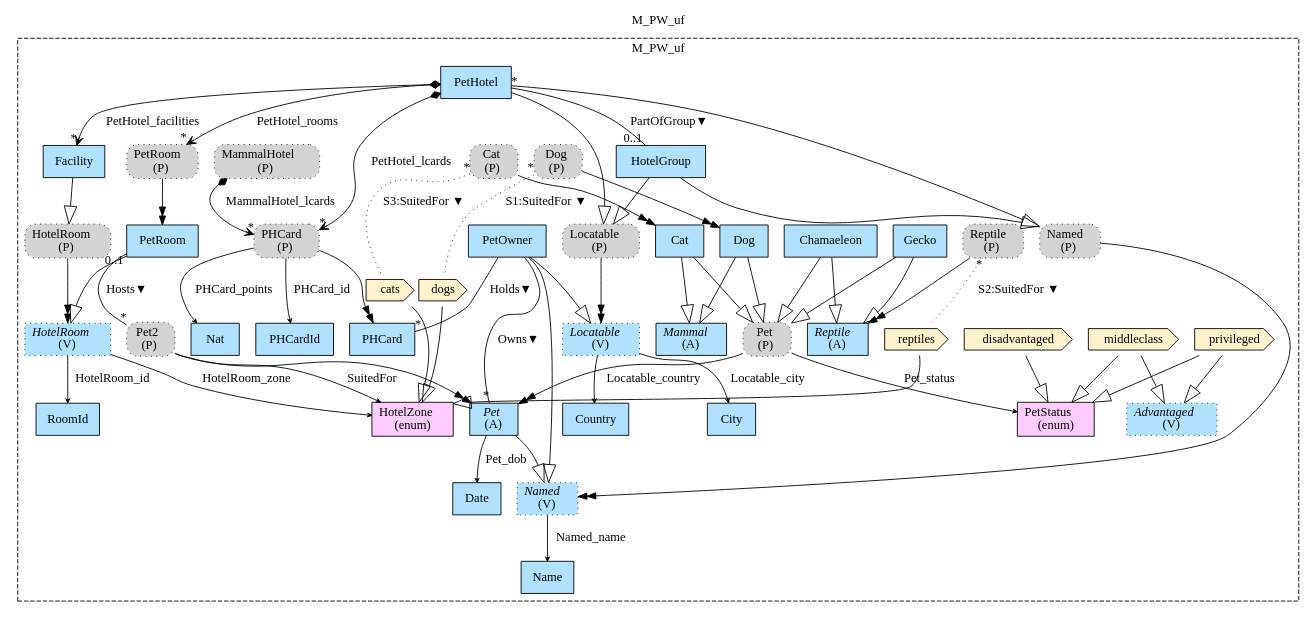
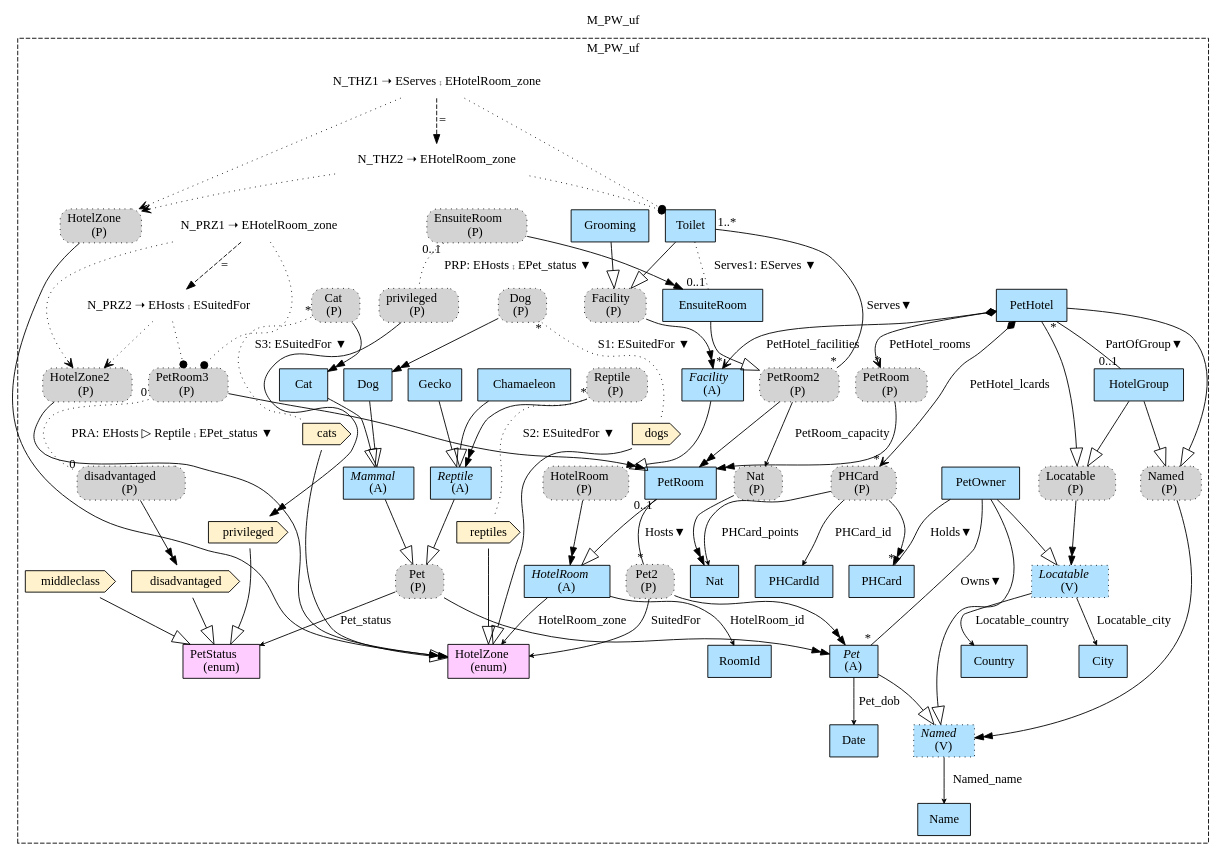
Before and after one commit to namalio/Fragmenta: the diagram in Haskell/FragmentaTests/PetsWorld/img/M_PW_uf.gv, drawn with Graphviz. The commit also changed 36 other files, not shown here.

```diff
--- a/Haskell/FragmentaTests/PetsWorld/img/M_PW_uf.gv
+++ b/Haskell/FragmentaTests/PetsWorld/img/M_PW_uf.gv
@@ -1,106 +1,145 @@
 digraph {graph[label=M_PW_uf,labelloc=tl,labelfontsize=12];
 subgraph cluster_M_PW_uf{style=dashed;label=M_PW_uf;
 "Name"[shape=record,fillcolor=lightskyblue1,style = filled,label="Name"];
 "Country"[shape=record,fillcolor=lightskyblue1,style = filled,label="Country"];
 "City"[shape=record,fillcolor=lightskyblue1,style = filled,label="City"];
 "Date"[shape=record,fillcolor=lightskyblue1,style = filled,label="Date"];
 "PHCard"[shape=record,fillcolor=lightskyblue1,style = filled,label="PHCard"];
 "Pet"[shape=record,fillcolor=lightskyblue1,style = filled,label=<{<I>Pet</I><br/>(A)}>];
 "Named"[shape=record,fillcolor=lightskyblue1,style ="filled,dotted",label=<{<I>Named</I><br/>(V)}>];
 "PetOwner"[shape=record,fillcolor=lightskyblue1,style = filled,label="PetOwner"];
 "Locatable"[shape=record,fillcolor=lightskyblue1,style ="filled,dotted",label=<{<I>Locatable</I><br/>(V)}>];
+"privileged"[shape=cds,fillcolor="#FFF2CC",style = filled,label="privileged"];
+"middleclass"[shape=cds,fillcolor="#FFF2CC",style = filled,label="middleclass"];
 "disadvantaged"[shape=cds,fillcolor="#FFF2CC",style = filled,label="disadvantaged"];
 "PetStatus"[shape=record,fillcolor="#FFCCFF",style = filled,label="PetStatus\l(enum)"];
 "PPet"[shape=box,fillcolor=lightgray,style ="rounded,filled,dotted",label=<Pet<br/>(P)>];
 "Dog"[shape=record,fillcolor=lightskyblue1,style = filled,label="Dog"];
 "Cat"[shape=record,fillcolor=lightskyblue1,style = filled,label="Cat"];
 "Mammal"[shape=record,fillcolor=lightskyblue1,style = filled,label=<{<I>Mammal</I><br/>(A)}>];
 "Chamaeleon"[shape=record,fillcolor=lightskyblue1,style = filled,label="Chamaeleon"];
 "Gecko"[shape=record,fillcolor=lightskyblue1,style = filled,label="Gecko"];
 "Reptile"[shape=record,fillcolor=lightskyblue1,style = filled,label=<{<I>Reptile</I><br/>(A)}>];
-"privileged"[shape=cds,fillcolor="#FFF2CC",style = filled,label="privileged"];
-"middleclass"[shape=cds,fillcolor="#FFF2CC",style = filled,label="middleclass"];
-"Advantaged"[shape=record,fillcolor=lightskyblue1,style ="filled,dotted",label=<{<I>Advantaged</I><br/>(V)}>];
 "PPet2"[shape=box,fillcolor=lightgray,style ="rounded,filled,dotted",label=<Pet2<br/>(P)>];
 "RoomId"[shape=record,fillcolor=lightskyblue1,style = filled,label="RoomId"];
 "HotelZone"[shape=record,fillcolor="#FFCCFF",style = filled,label="HotelZone\l(enum)"];
 "PDog"[shape=box,fillcolor=lightgray,style ="rounded,filled,dotted",label=<Dog<br/>(P)>];
 "dogs"[shape=cds,fillcolor="#FFF2CC",style = filled,label="dogs"];
 "PReptile"[shape=box,fillcolor=lightgray,style ="rounded,filled,dotted",label=<Reptile<br/>(P)>];
 "reptiles"[shape=cds,fillcolor="#FFF2CC",style = filled,label="reptiles"];
 "PCat"[shape=box,fillcolor=lightgray,style ="rounded,filled,dotted",label=<Cat<br/>(P)>];
 "cats"[shape=cds,fillcolor="#FFF2CC",style = filled,label="cats"];
 "PetRoom"[shape=record,fillcolor=lightskyblue1,style = filled,label="PetRoom"];
-"HotelRoom"[shape=record,fillcolor=lightskyblue1,style ="filled,dotted",label=<{<I>HotelRoom</I><br/>(V)}>];
+"HotelRoom"[shape=record,fillcolor=lightskyblue1,style = filled,label=<{<I>HotelRoom</I><br/>(A)}>];
 "PPetRoom"[shape=box,fillcolor=lightgray,style ="rounded,filled,dotted",label=<PetRoom<br/>(P)>];
+"Nat"[shape=record,fillcolor=lightskyblue1,style = filled,label="Nat"];
+"PPHCard"[shape=box,fillcolor=lightgray,style ="rounded,filled,dotted",label=<PHCard<br/>(P)>];
+"PHCardId"[shape=record,fillcolor=lightskyblue1,style = filled,label="PHCardId"];
 "PetHotel"[shape=record,fillcolor=lightskyblue1,style = filled,label="PetHotel"];
 "PNamed"[shape=box,fillcolor=lightgray,style ="rounded,filled,dotted",label=<Named<br/>(P)>];
 "HotelGroup"[shape=record,fillcolor=lightskyblue1,style = filled,label="HotelGroup"];
 "PLocatable"[shape=box,fillcolor=lightgray,style ="rounded,filled,dotted",label=<Locatable<br/>(P)>];
-"Facility"[shape=record,fillcolor=lightskyblue1,style = filled,label="Facility"];
+"Facility"[shape=record,fillcolor=lightskyblue1,style = filled,label=<{<I>Facility</I><br/>(A)}>];
 "PHotelRoom"[shape=box,fillcolor=lightgray,style ="rounded,filled,dotted",label=<HotelRoom<br/>(P)>];
-"Nat"[shape=record,fillcolor=lightskyblue1,style = filled,label="Nat"];
-"PHCardId"[shape=record,fillcolor=lightskyblue1,style = filled,label="PHCardId"];
-"PMammalHotel"[shape=box,fillcolor=lightgray,style ="rounded,filled,dotted",label=<MammalHotel<br/>(P)>];
-"PPHCard"[shape=box,fillcolor=lightgray,style ="rounded,filled,dotted",label=<PHCard<br/>(P)>];
+"PNat"[shape=box,fillcolor=lightgray,style ="rounded,filled,dotted",label=<Nat<br/>(P)>];
+"Grooming"[shape=record,fillcolor=lightskyblue1,style = filled,label="Grooming"];
+"PFacility"[shape=box,fillcolor=lightgray,style ="rounded,filled,dotted",label=<Facility<br/>(P)>];
+"PPetRoom2"[shape=box,fillcolor=lightgray,style ="rounded,filled,dotted",label=<PetRoom2<br/>(P)>];
+"EnsuiteRoom"[shape=record,fillcolor=lightskyblue1,style = filled,label="EnsuiteRoom"];
+"Toilet"[shape=record,fillcolor=lightskyblue1,style = filled,label="Toilet"];
+"PHotelZone"[shape=box,fillcolor=lightgray,style ="rounded,filled,dotted",label=<HotelZone<br/>(P)>];
+"Pdisadvantaged"[shape=box,fillcolor=lightgray,style ="rounded,filled,dotted",label=<disadvantaged<br/>(P)>];
+"PEnsuiteRoom"[shape=box,fillcolor=lightgray,style ="rounded,filled,dotted",label=<EnsuiteRoom<br/>(P)>];
+"Pprivileged"[shape=box,fillcolor=lightgray,style ="rounded,filled,dotted",label=<privileged<br/>(P)>];
+"PPetRoom3"[shape=box,fillcolor=lightgray,style ="rounded,filled,dotted",label=<PetRoom3<br/>(P)>];
+"PHotelZone2"[shape=box,fillcolor=lightgray,style ="rounded,filled,dotted",label=<HotelZone2<br/>(P)>];
 
 "Named"->"Name"[label="Named_name",arrowhead=vee,headlabel="",arrowsize=.5];
 "Locatable"->"Country"[label="Locatable_country",arrowhead=vee,headlabel="",arrowsize=.5];
 "Locatable"->"City"[label="Locatable_city",arrowhead=vee,headlabel="",arrowsize=.5];
 "Pet"->"Date"[label="Pet_dob",arrowhead=vee,headlabel="",arrowsize=.5];
 "PetOwner"->"Pet"[label="Owns▼",dir=none,taillabel="",headlabel="*"];
 "PetOwner"->"PHCard"[label="Holds▼",dir=none,taillabel="",headlabel="*"];
 "Pet"->"Named"[arrowhead=onormal,arrowsize=2.0];
 "PetOwner"->"Named"[arrowhead=onormal,arrowsize=2.0];
 "PetOwner"->"Locatable"[arrowhead=onormal,arrowsize=2.0];
 "privileged"->"PetStatus"[arrowhead=onormal,arrowsize=2.0];
 "middleclass"->"PetStatus"[arrowhead=onormal,arrowsize=2.0];
 "disadvantaged"->"PetStatus"[arrowhead=onormal,arrowsize=2.0];
 "PPet"->"PetStatus"[label="Pet_status",arrowhead=vee,headlabel="",arrowsize=.5];
-"Dog"->"PPet"[arrowhead=onormal,arrowsize=2.0];
-"Cat"->"PPet"[arrowhead=onormal,arrowsize=2.0];
-"Chamaeleon"->"PPet"[arrowhead=onormal,arrowsize=2.0];
-"Gecko"->"PPet"[arrowhead=onormal,arrowsize=2.0];
+"Mammal"->"PPet"[arrowhead=onormal,arrowsize=2.0];
+"Reptile"->"PPet"[arrowhead=onormal,arrowsize=2.0];
 "Dog"->"Mammal"[arrowhead=onormal,arrowsize=2.0];
 "Cat"->"Mammal"[arrowhead=onormal,arrowsize=2.0];
 "Chamaeleon"->"Reptile"[arrowhead=onormal,arrowsize=2.0];
 "Gecko"->"Reptile"[arrowhead=onormal,arrowsize=2.0];
-"privileged"->"Advantaged"[arrowhead=onormal,arrowsize=2.0];
-"middleclass"->"Advantaged"[arrowhead=onormal,arrowsize=2.0];
 "dogs"->"HotelZone"[arrowhead=onormal,arrowsize=2.0];
 "reptiles"->"HotelZone"[arrowhead=onormal,arrowsize=2.0];
 "cats"->"HotelZone"[arrowhead=onormal,arrowsize=2.0];
 "PetRoom"->"PPet2"[label="Hosts▼",dir=none,taillabel="0..1",headlabel="*"];
 "PPet2"->"HotelZone"[label="SuitedFor",arrowhead=vee,headlabel="",arrowsize=.5];
 "HotelRoom"->"RoomId"[label="HotelRoom_id",arrowhead=vee,headlabel="",arrowsize=.5];
 "HotelRoom"->"HotelZone"[label="HotelRoom_zone",arrowhead=vee,headlabel="",arrowsize=.5];
-"PDog"->"dogs"[label="S1:SuitedFor ▼",dir=none,taillabel="*",headlabel="",style=dotted];
-"PReptile"->"reptiles"[label="S2:SuitedFor ▼",dir=none,taillabel="*",headlabel="",style=dotted];
-"PCat"->"cats"[label="S3:SuitedFor ▼",dir=none,taillabel="*",headlabel="",style=dotted];
+"PDog"->"dogs"[label="S1: ESuitedFor ▼",dir=none,taillabel="*",headlabel="",style=dotted];
+"PReptile"->"reptiles"[label="S2: ESuitedFor ▼",dir=none,taillabel="*",headlabel="",style=dotted];
+"PCat"->"cats"[label="S3: ESuitedFor ▼",dir=none,taillabel="*",headlabel="",style=dotted];
 "PetRoom"->"HotelRoom"[arrowhead=onormal,arrowsize=2.0];
 "PetHotel"->"HotelGroup"[label="PartOfGroup▼",dir=none,taillabel="*",headlabel="0..1"];
 "PetHotel"->"PPHCard"[label="PetHotel_lcards",arrowhead=vee,arrowtail=diamond,dir=both,headlabel="*"];
 "PetHotel"->"Facility"[label="PetHotel_facilities",arrowhead=vee,arrowtail=diamond,dir=both,headlabel="*"];
 "PetHotel"->"PPetRoom"[label="PetHotel_rooms",arrowhead=vee,arrowtail=diamond,dir=both,headlabel="*"];
+"PPHCard"->"Nat"[label="PHCard_points",arrowhead=vee,headlabel="",arrowsize=.5];
+"PPHCard"->"PHCardId"[label="PHCard_id",arrowhead=vee,headlabel="",arrowsize=.5];
 "PetHotel"->"PNamed"[arrowhead=onormal,arrowsize=2.0];
 "PetHotel"->"PLocatable"[arrowhead=onormal,arrowsize=2.0];
 "HotelGroup"->"PNamed"[arrowhead=onormal,arrowsize=2.0];
 "HotelGroup"->"PLocatable"[arrowhead=onormal,arrowsize=2.0];
 "Facility"->"PHotelRoom"[arrowhead=onormal,arrowsize=2.0];
-"PPHCard"->"Nat"[label="PHCard_points",arrowhead=vee,headlabel="",arrowsize=.5];
-"PPHCard"->"PHCardId"[label="PHCard_id",arrowhead=vee,headlabel="",arrowsize=.5];
-"PMammalHotel"->"PPHCard"[label="MammalHotel_lcards",arrowhead=vee,arrowtail=diamond,dir=both,headlabel="*"];
+"PPetRoom2"->"PNat"[label="PetRoom_capacity",arrowhead=vee,headlabel="",arrowsize=.5];
+"EnsuiteRoom"->"PPetRoom2"[arrowhead=onormal,arrowsize=2.0];
+"Toilet"->"PFacility"[arrowhead=onormal,arrowsize=2.0];
+"Grooming"->"PFacility"[arrowhead=onormal,arrowsize=2.0];
+"Toilet"->"PPetRoom2"[label="Serves▼",dir=none,taillabel="1..*",headlabel="*"];
+"Toilet"->"EnsuiteRoom"[label="Serves1: EServes ▼",dir=none,taillabel="",headlabel="0..1",style=dotted];
+"N_THZ1"[shape=none,label="N_THZ1 ➝ EServes ⨾ EHotelRoom_zone"];
+"N_THZ1"->"Toilet"[arrowhead=dot,style=dotted];
+"N_THZ1"->"PHotelZone"[arrowhead=vee,style=dotted];
+
+"N_THZ2"[shape=none,label="N_THZ2 ➝ EHotelRoom_zone"];
+"N_THZ2"->"Toilet"[arrowhead=dot,style=dotted];
+"N_THZ2"->"PHotelZone"[arrowhead=vee,style=dotted];
+
+"PPetRoom3"->"Pdisadvantaged"[label="PRA: EHosts ▷ Reptile ⨾ EPet_status ▼",dir=none,taillabel="0",headlabel="0",style=dotted];
+"PEnsuiteRoom"->"Pprivileged"[label="PRP: EHosts ⨾ EPet_status ▼",dir=none,taillabel="0..1",headlabel="",style=dotted];
+"N_PRZ1"[shape=none,label="N_PRZ1 ➝ EHotelRoom_zone"];
+"N_PRZ1"->"PPetRoom3"[arrowhead=dot,style=dotted];
+"N_PRZ1"->"PHotelZone2"[arrowhead=vee,style=dotted];
+
+"N_PRZ2"[shape=none,label="N_PRZ2 ➝ EHosts ⨾ ESuitedFor"];
+"N_PRZ2"->"PPetRoom3"[arrowhead=dot,style=dotted];
+"N_PRZ2"->"PHotelZone2"[arrowhead=vee,style=dotted];
+
+"N_THZ1"->"N_THZ2"[arrowhead=normal,style=dashed, label = "="];
+"N_PRZ1"->"N_PRZ2"[arrowhead=normal,style=dashed, label = "="];
 
 }
 "PPet"->"Pet"[arrowhead=normalnormal];
 "PPet2"->"Pet"[arrowhead=normalnormal];
 "PDog"->"Dog"[arrowhead=normalnormal];
 "PReptile"->"Reptile"[arrowhead=normalnormal];
 "PCat"->"Cat"[arrowhead=normalnormal];
 "PNamed"->"Named"[arrowhead=normalnormal];
 "PLocatable"->"Locatable"[arrowhead=normalnormal];
 "PPetRoom"->"PetRoom"[arrowhead=normalnormal];
 "PHotelRoom"->"HotelRoom"[arrowhead=normalnormal];
 "PPHCard"->"PHCard"[arrowhead=normalnormal];
-
+"PNat"->"Nat"[arrowhead=normalnormal];
+"PPetRoom2"->"PetRoom"[arrowhead=normalnormal];
+"PHotelZone"->"HotelZone"[arrowhead=normalnormal];
+"PFacility"->"Facility"[arrowhead=normalnormal];
+"PPetRoom3"->"PetRoom"[arrowhead=normalnormal];
+"PHotelZone2"->"HotelZone"[arrowhead=normalnormal];
+"PEnsuiteRoom"->"EnsuiteRoom"[arrowhead=normalnormal];
+"Pdisadvantaged"->"disadvantaged"[arrowhead=normalnormal];
+"Pprivileged"->"privileged"[arrowhead=normalnormal];
 }
```
